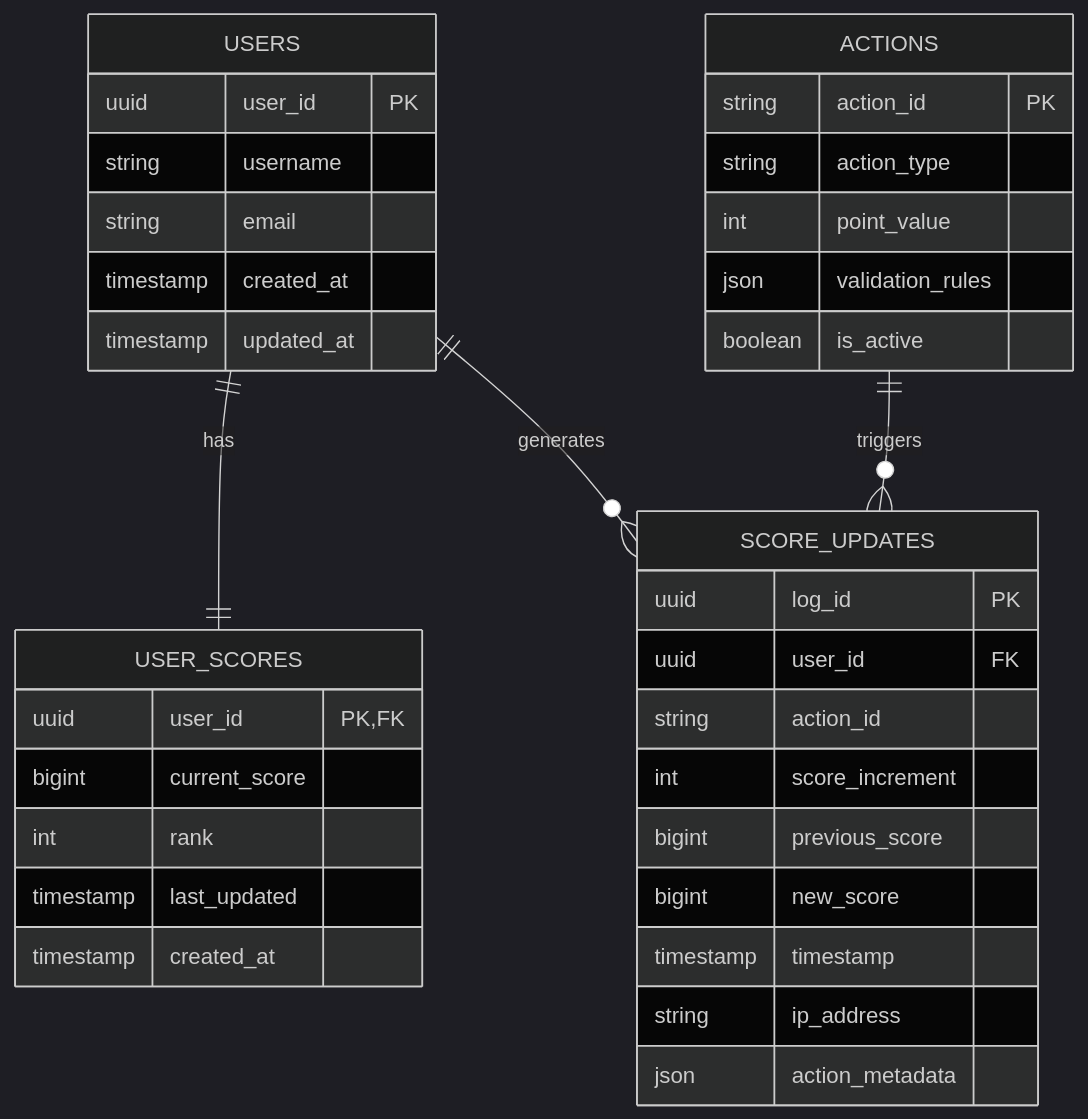
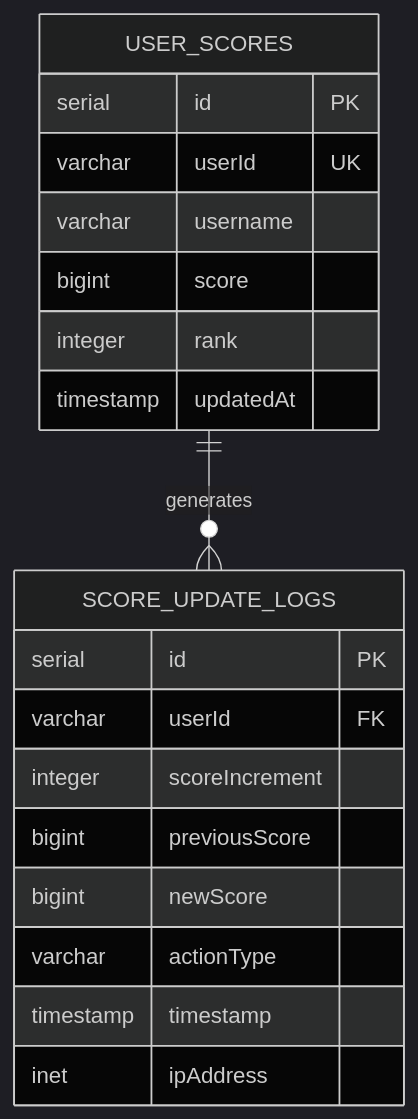
One commit to HTD2k1/code-challenge changed the fifth of 6 diagrams in src/problem6/execution-flow-diagrams.md. Above: the diagram before and after it, drawn with Mermaid (dark theme). The commit also changed other lines of this file and 2 other files, not shown here.

````diff
--- a/src/problem6/execution-flow-diagrams.md
+++ b/src/problem6/execution-flow-diagrams.md
@@ -186,42 +102,24 @@
 ```mermaid
 erDiagram
-    USERS {
-        uuid user_id PK
-        string username
-        string email
-        timestamp created_at
-        timestamp updated_at
+    USER_SCORES {
+        serial id PK
+        varchar userId UK
+        varchar username
+        bigint score
+        integer rank
+        timestamp updatedAt
     }
     
-    USER_SCORES {
-        uuid user_id PK,FK
-        bigint current_score
-        int rank
-        timestamp last_updated
-        timestamp created_at
+    SCORE_UPDATE_LOGS {
+        serial id PK
+        varchar userId FK
+        integer scoreIncrement
+        bigint previousScore
+        bigint newScore
+        varchar actionType
+        timestamp timestamp
+        inet ipAddress
     }
     
-    SCORE_UPDATES {
-        uuid log_id PK
-        uuid user_id FK
-        string action_id
-        int score_increment
-        bigint previous_score
-        bigint new_score
-        timestamp timestamp
-        string ip_address
-        json action_metadata
-    }
-    
-    ACTIONS {
-        string action_id PK
-        string action_type
-        int point_value
-        json validation_rules
-        boolean is_active
-    }
-    
-    USERS ||--|| USER_SCORES : has
-    USERS ||--o{ SCORE_UPDATES : generates
-    ACTIONS ||--o{ SCORE_UPDATES : triggers
+    USER_SCORES ||--o{ SCORE_UPDATE_LOGS : generates
 ```
````
